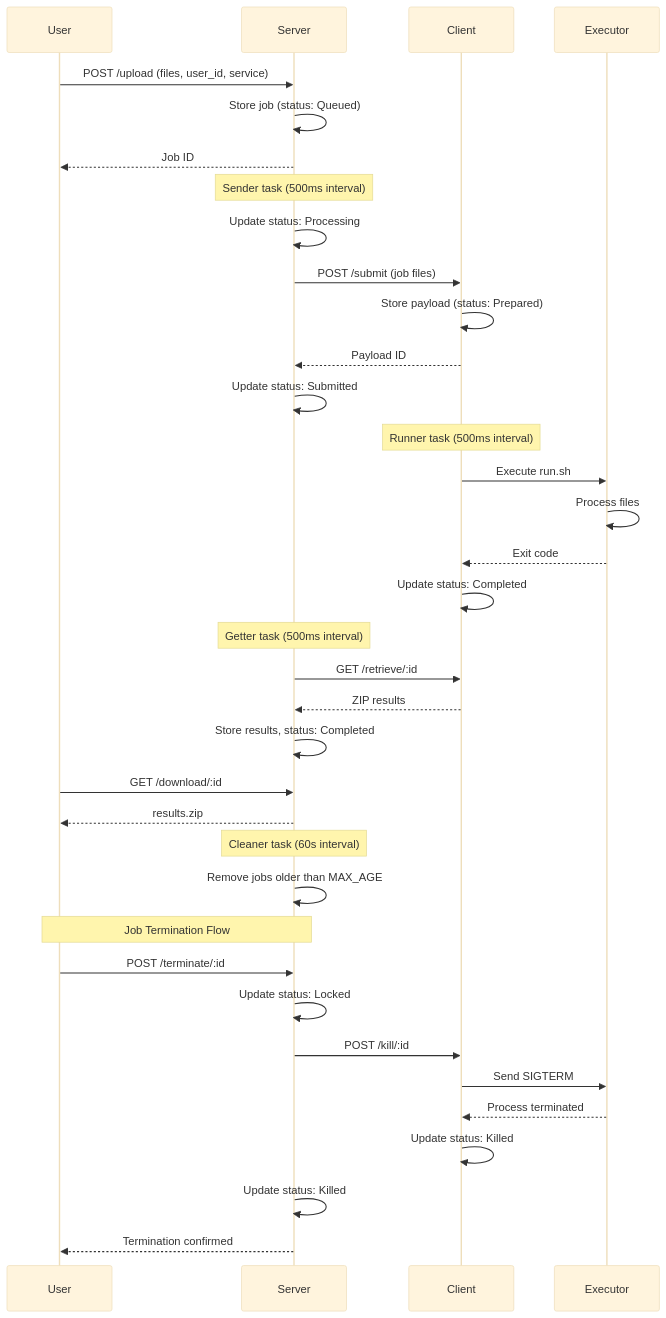
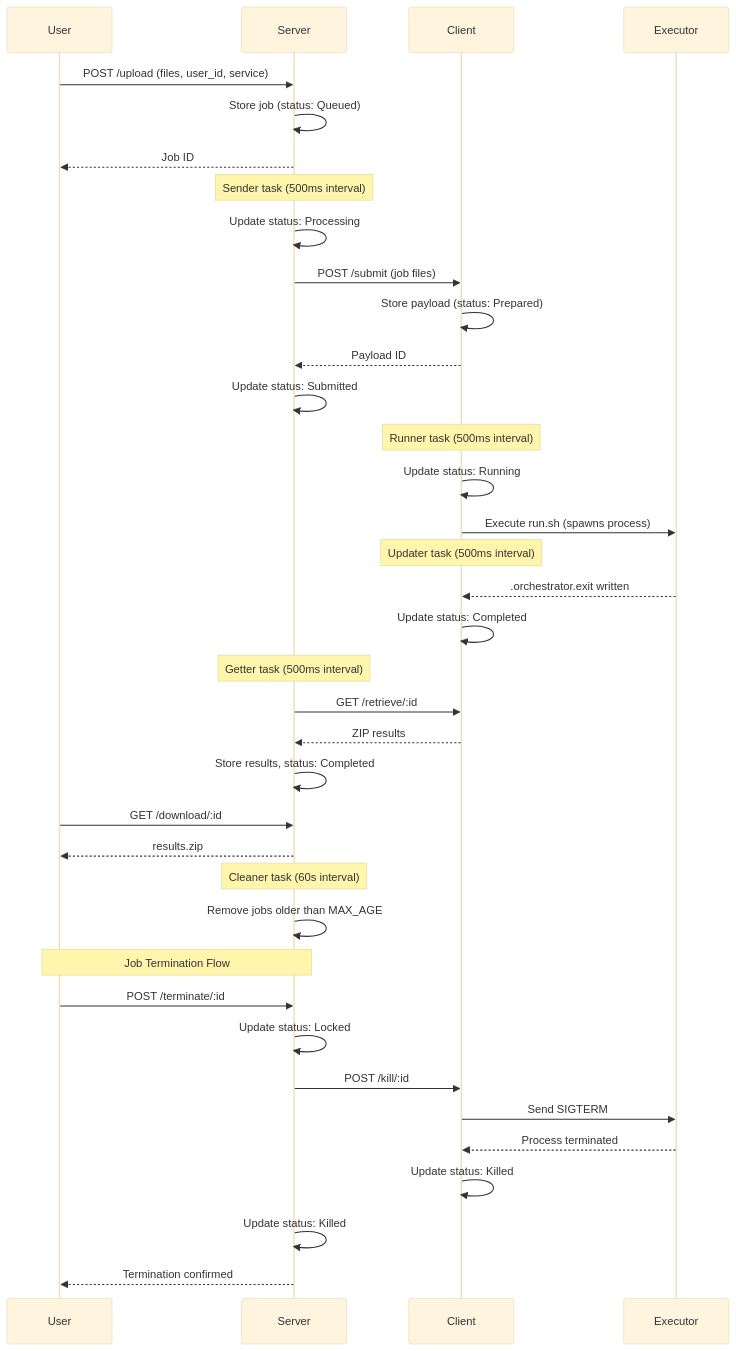
The first of 2 diagrams in docs/src/architecture/job-lifecycle.md (rvhonorato/job-orchestrator), drawn with Mermaid (base theme) before and after one commit. The commit also changed other lines of this file and 22 other files, not shown here.

````diff
--- a/docs/src/architecture/job-lifecycle.md
+++ b/docs/src/architecture/job-lifecycle.md
@@ -7,45 +7,47 @@
 ```mermaid
 sequenceDiagram
     participant User
     participant Server
     participant Client
     participant Executor
 
     User->>Server: POST /upload (files, user_id, service)
     Server->>Server: Store job (status: Queued)
     Server-->>User: Job ID
 
     Note over Server: Sender task (500ms interval)
     Server->>Server: Update status: Processing
     Server->>Client: POST /submit (job files)
     Client->>Client: Store payload (status: Prepared)
     Client-->>Server: Payload ID
     Server->>Server: Update status: Submitted
 
     Note over Client: Runner task (500ms interval)
-    Client->>Executor: Execute run.sh
-    Executor->>Executor: Process files
-    Executor-->>Client: Exit code
+    Client->>Client: Update status: Running
+    Client->>Executor: Execute run.sh (spawns process)
+
+    Note over Client: Updater task (500ms interval)
+    Executor-->>Client: .orchestrator.exit written
     Client->>Client: Update status: Completed
 
     Note over Server: Getter task (500ms interval)
     Server->>Client: GET /retrieve/:id
     Client-->>Server: ZIP results
     Server->>Server: Store results, status: Completed
 
     User->>Server: GET /download/:id
     Server-->>User: results.zip
 
     Note over Server: Cleaner task (60s interval)
     Server->>Server: Remove jobs older than MAX_AGE
 
     Note over User,Server: Job Termination Flow
     User->>Server: POST /terminate/:id
     Server->>Server: Update status: Locked
     Server->>Client: POST /kill/:id
     Client->>Executor: Send SIGTERM
     Executor-->>Client: Process terminated
     Client->>Client: Update status: Killed
     Server->>Server: Update status: Killed
     Server-->>User: Termination confirmed
 ```
````
